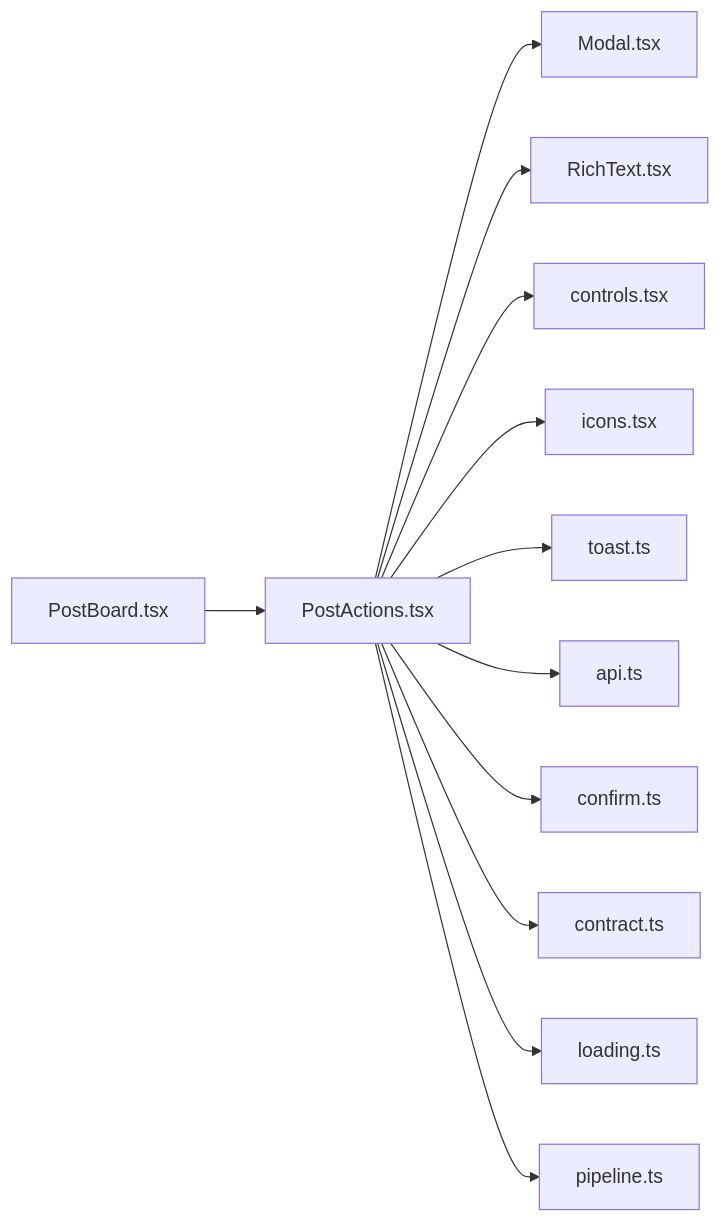
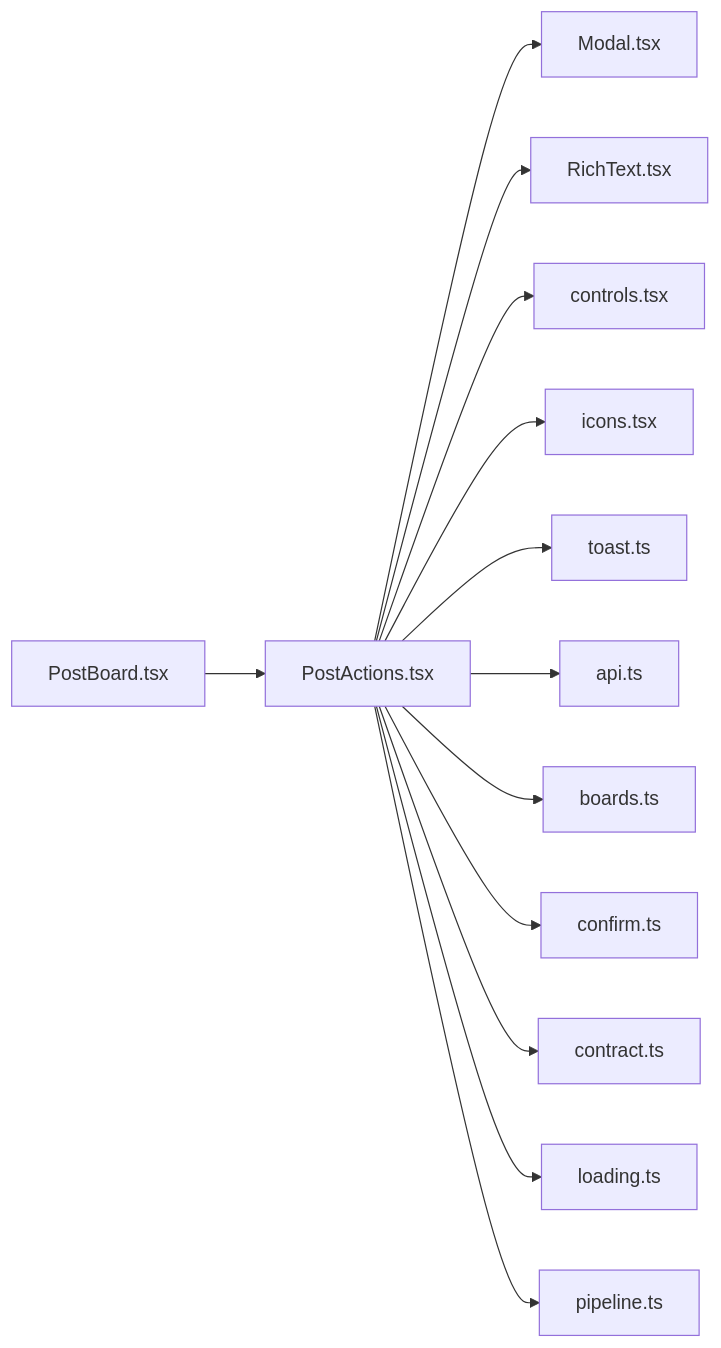
The diagram in .cluedoc/graph/frontend/src/components/PostActions.md (minkong-dev/Banblit), drawn with Mermaid before and after one commit. The commit also changed other lines of this file and 56 other files, not shown here.

Commit message:
frontend: import pure lib functions from their own files instead of through pipeline

````diff
--- a/.cluedoc/graph/frontend/src/components/PostActions.md
+++ b/.cluedoc/graph/frontend/src/components/PostActions.md
@@ -10,15 +10,16 @@
 ```mermaid
 flowchart LR
   frontend_src_components_PostActions["PostActions.tsx"]
   frontend_src_components_PostActions --> frontend_src_components_Modal["Modal.tsx"]
   frontend_src_components_PostActions --> frontend_src_components_RichText["RichText.tsx"]
   frontend_src_components_PostActions --> frontend_src_components_controls["controls.tsx"]
   frontend_src_components_PostActions --> frontend_src_components_icons["icons.tsx"]
   frontend_src_components_PostActions --> frontend_src_components_toast["toast.ts"]
   frontend_src_components_PostActions --> frontend_src_lib_api["api.ts"]
+  frontend_src_components_PostActions --> frontend_src_lib_boards["boards.ts"]
   frontend_src_components_PostActions --> frontend_src_lib_confirm["confirm.ts"]
   frontend_src_components_PostActions --> frontend_src_lib_contract["contract.ts"]
   frontend_src_components_PostActions --> frontend_src_lib_loading["loading.ts"]
   frontend_src_components_PostActions --> frontend_src_lib_pipeline["pipeline.ts"]
   frontend_src_components_PostBoard["PostBoard.tsx"] --> frontend_src_components_PostActions
 ```
````
